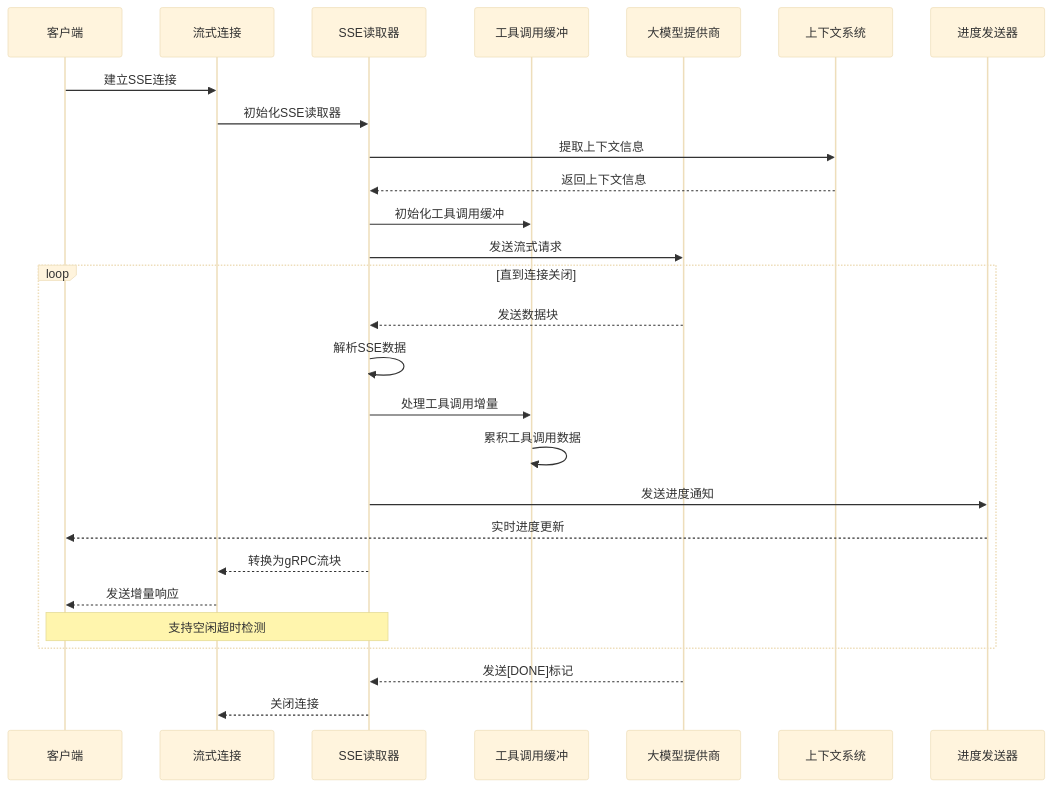
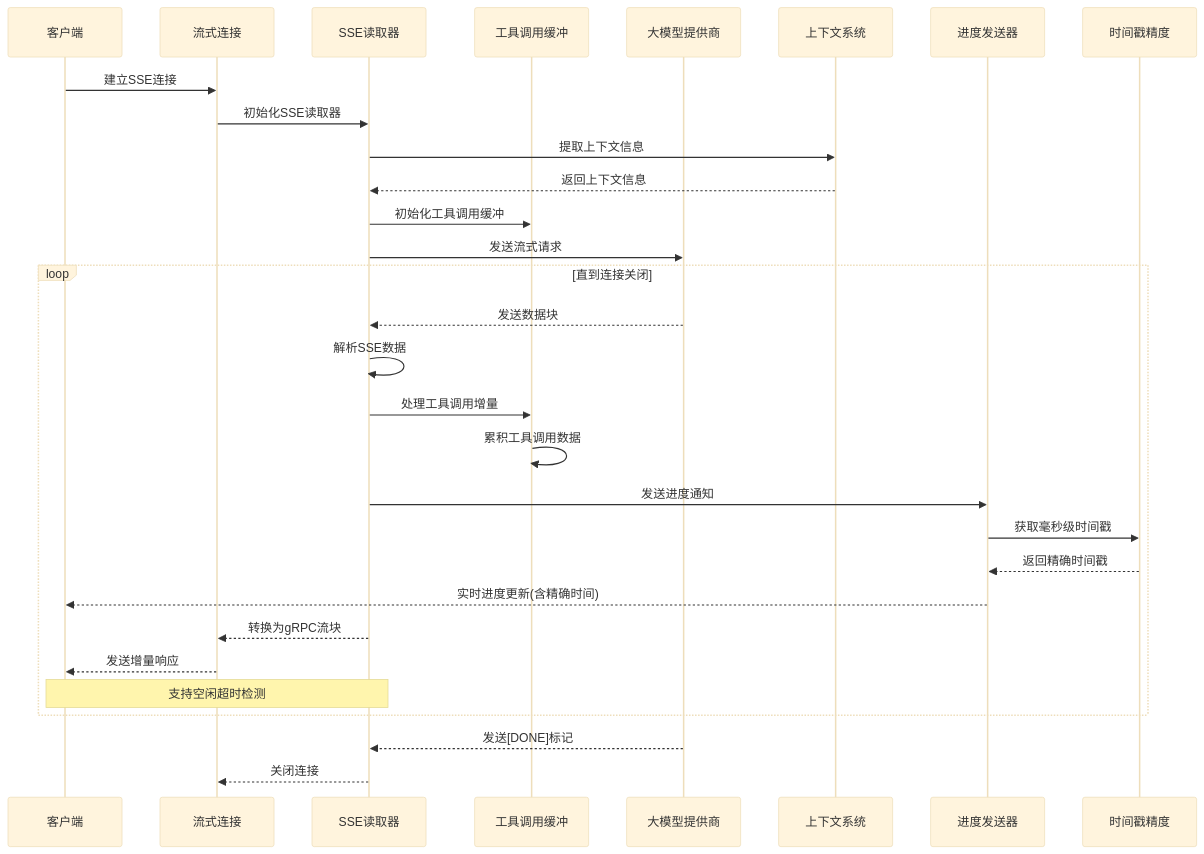
The fifth of 30 diagrams in .qoder/repowiki/zh/content/AI聊天服务迁移指南.md (maomao94/zero-service), drawn with Mermaid (base theme) before and after one commit. The commit also changed other lines of this file and 59 other files, not shown here.

````diff
--- a/.qoder/repowiki/zh/content/AI聊天服务迁移指南.md
+++ b/.qoder/repowiki/zh/content/AI聊天服务迁移指南.md
@@ -339,29 +355,32 @@
 ```mermaid
 sequenceDiagram
 participant Client as 客户端
 participant Stream as 流式连接
 participant Reader as SSE读取器
 participant ToolBuffer as 工具调用缓冲
 participant Provider as 大模型提供商
 participant Context as 上下文系统
 participant ProgressSender as 进度发送器
+participant TimePrecision as 时间戳精度
 Client->>Stream : 建立SSE连接
 Stream->>Reader : 初始化SSE读取器
 Reader->>Context : 提取上下文信息
 Context-->>Reader : 返回上下文信息
 Reader->>ToolBuffer : 初始化工具调用缓冲
 Reader->>Provider : 发送流式请求
 loop 直到连接关闭
 Provider-->>Reader : 发送数据块
 Reader->>Reader : 解析SSE数据
 Reader->>ToolBuffer : 处理工具调用增量
 ToolBuffer->>ToolBuffer : 累积工具调用数据
 Reader->>ProgressSender : 发送进度通知
-ProgressSender-->>Client : 实时进度更新
+ProgressSender->>TimePrecision : 获取毫秒级时间戳
+TimePrecision-->>ProgressSender : 返回精确时间戳
+ProgressSender-->>Client : 实时进度更新(含精确时间)
 Reader-->>Stream : 转换为gRPC流块
 Stream-->>Client : 发送增量响应
 Note over Reader,Client : 支持空闲超时检测
 end
 Provider-->>Reader : 发送[DONE]标记
 Reader-->>Stream : 关闭连接
 ```
````
